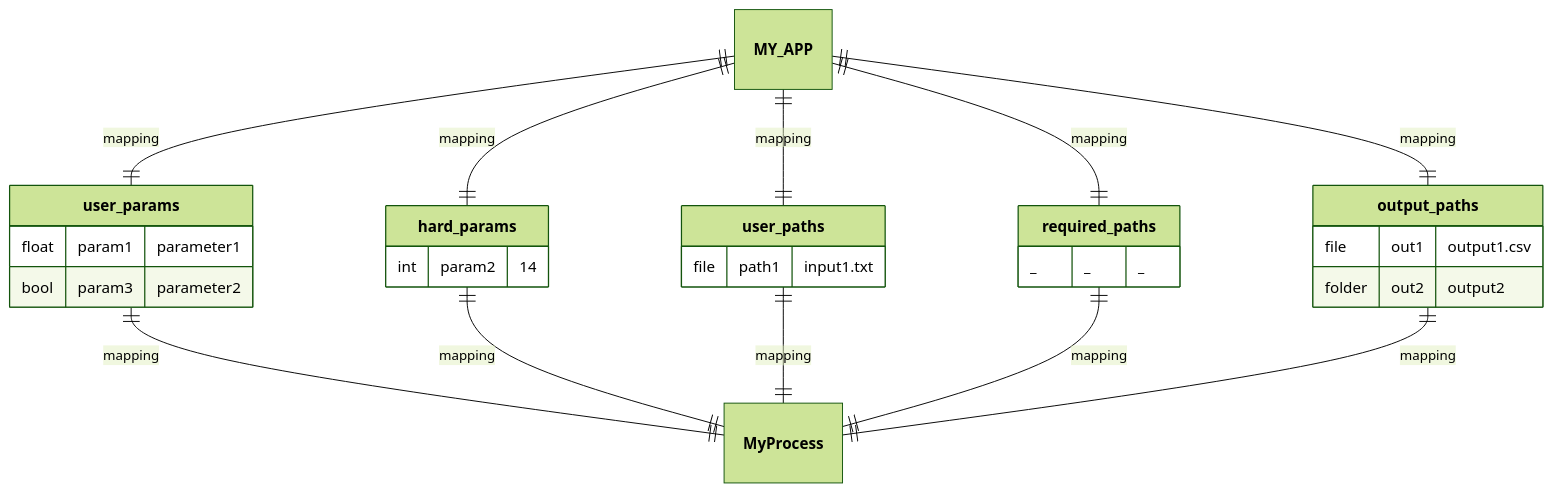
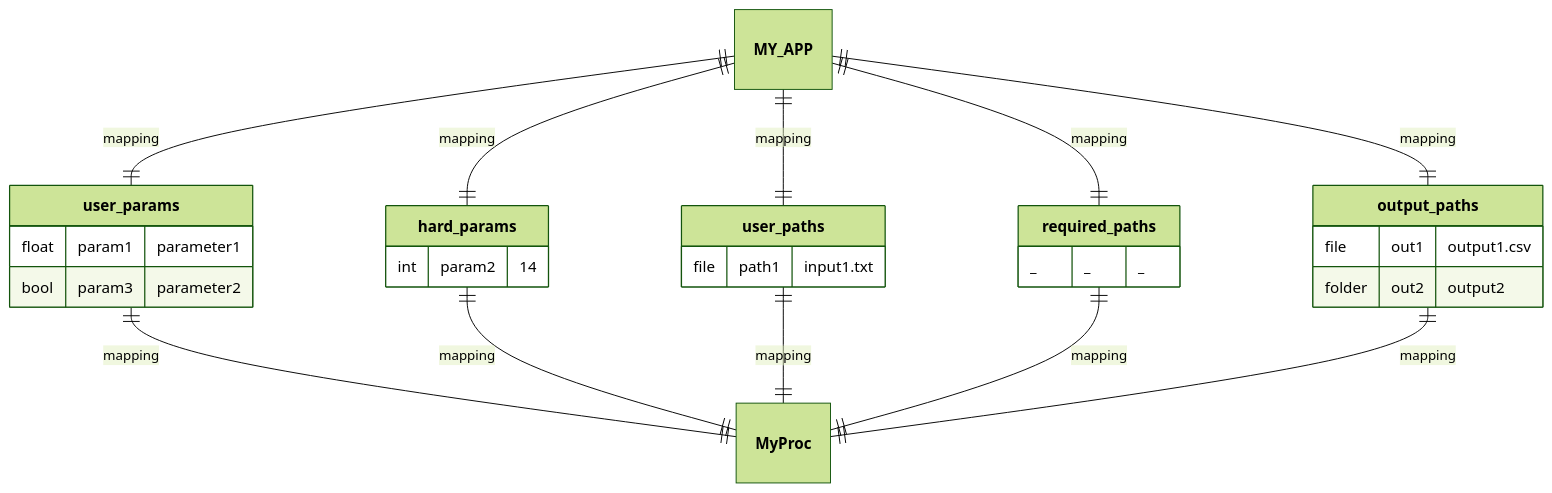
One commit to nuremics/nuremics changed the tenth of 17 diagrams in README.md. Above: the diagram before and after it, drawn with Mermaid (forest theme). The commit also changed other lines of this file, not shown here.

````diff
--- a/README.md
+++ b/README.md
@@ -282,31 +282,31 @@
 ```mermaid
 erDiagram
   **MY_APP** ||--|| **user_params** : mapping
   **MY_APP** ||--|| **hard_params** : mapping
   **MY_APP** ||--|| **user_paths** : mapping
   **MY_APP** ||--|| **required_paths** : mapping
   **MY_APP** ||--|| **output_paths** : mapping
-  **user_params** ||--|| **MyProcess** : mapping
-  **hard_params** ||--|| **MyProcess** : mapping
-  **user_paths** ||--|| **MyProcess** : mapping
-  **required_paths** ||--|| **MyProcess** : mapping
-  **output_paths** ||--|| **MyProcess** : mapping
+  **user_params** ||--|| **MyProc** : mapping
+  **hard_params** ||--|| **MyProc** : mapping
+  **user_paths** ||--|| **MyProc** : mapping
+  **required_paths** ||--|| **MyProc** : mapping
+  **output_paths** ||--|| **MyProc** : mapping
 
   **user_params** {
     float param1 "parameter1"
     bool param3 "parameter2"
   }
   **hard_params** {
     int param2 "14"
   }
   **user_paths** {
     file path1 "input1.txt"
   }
   **required_paths** {
     _ _ "_"
   }
   **output_paths** {
     file out1 "output1.csv"
     folder out2 "output2"
   }
 ```
````
